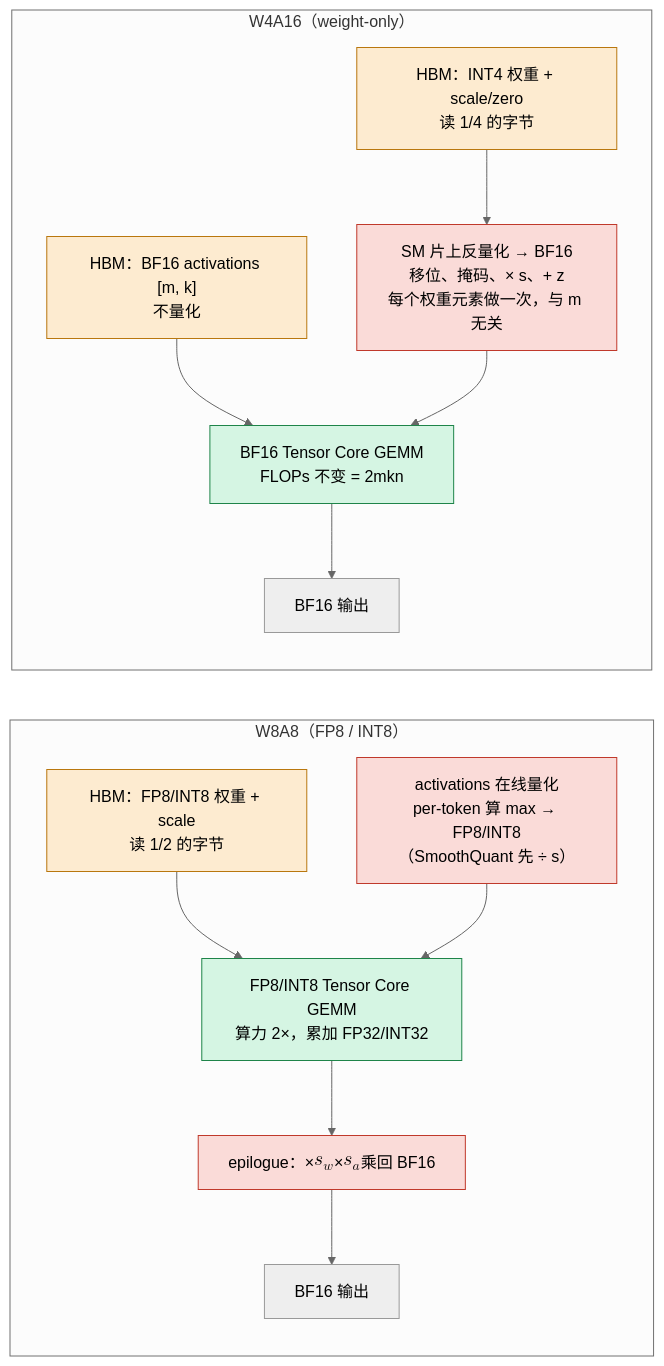
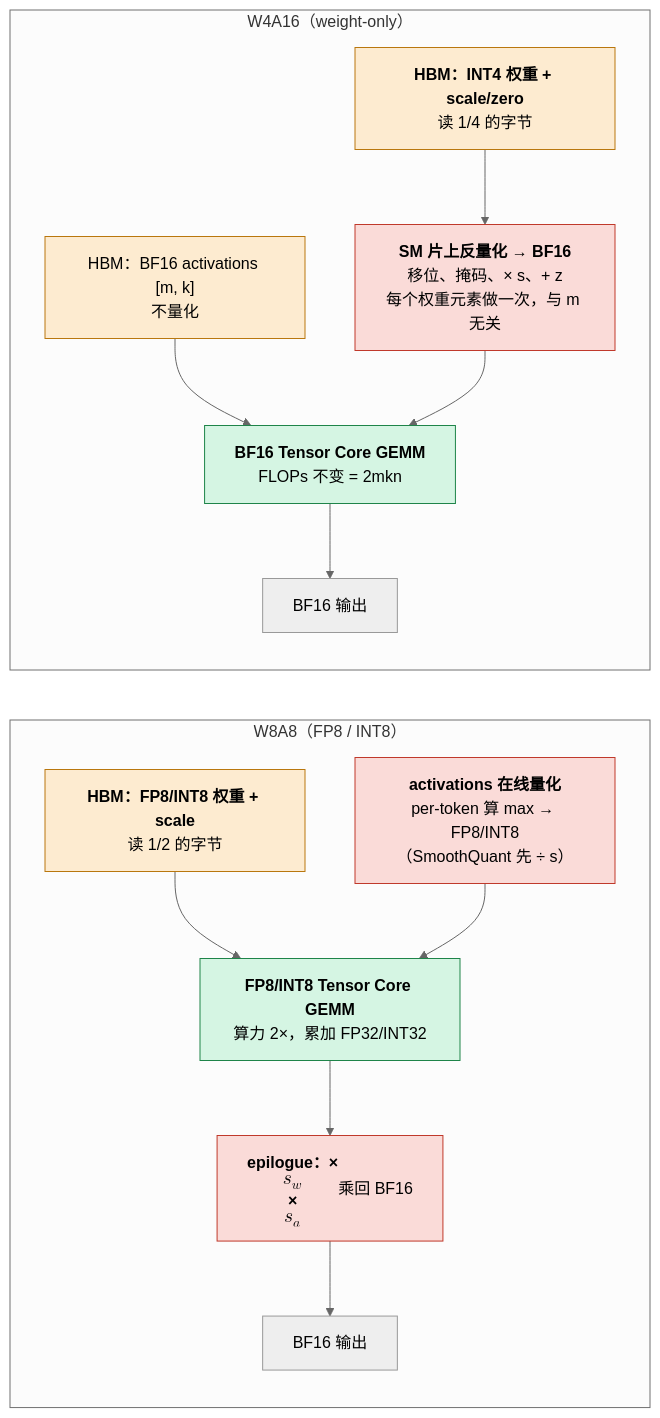
One commit to arganzheng/arganzheng.github.com changed the diagram in _posts/2026-04-28-post-training-quantization-gptq-awq-and-rotation.md. Above: the diagram before and after it, drawn with Mermaid (neutral theme). The commit also changed 1 other file, not shown here.

Commit message:
高效推理与压缩（算法侧）：解码、投机、量化与 KV：Mermaid 多行方框的首行标为标题（2 篇）
只在标签开头加 <b>…</b>，文字不变；长句、断句续行、代码 / 推演步骤、
并列行和判断菱形保持原样。

````diff
--- a/_posts/2026-04-28-post-training-quantization-gptq-awq-and-rotation.md
+++ b/_posts/2026-04-28-post-training-quantization-gptq-awq-and-rotation.md
@@ -151,25 +151,25 @@
 ```mermaid
 %% 图：W4A16 与 W8A8 在 kernel 里的数据流：反量化发生在哪一步、乘加用哪种 Tensor Core
 flowchart TB
     subgraph w4["W4A16（weight-only）"]
         direction TB
-        h4["HBM：INT4 权重 + scale/zero<br/>读 1/4 的字节"] --> dq["SM 片上反量化 → BF16<br/>移位、掩码、× s、+ z<br/>每个权重元素做一次，与 m 无关"]
-        a4["HBM：BF16 activations #91;m, k#93;<br/>不量化"] --> tc4["BF16 Tensor Core GEMM<br/>FLOPs 不变 = 2mkn"]
+        h4["<b>HBM：INT4 权重 + scale/zero</b><br/>读 1/4 的字节"] --> dq["<b>SM 片上反量化 → BF16</b><br/>移位、掩码、× s、+ z<br/>每个权重元素做一次，与 m 无关"]
+        a4["HBM：BF16 activations #91;m, k#93;<br/>不量化"] --> tc4["<b>BF16 Tensor Core GEMM</b><br/>FLOPs 不变 = 2mkn"]
         dq --> tc4
         tc4 --> o4["BF16 输出"]
     end
     subgraph w8["W8A8（FP8 / INT8）"]
         direction TB
-        h8["HBM：FP8/INT8 权重 + scale<br/>读 1/2 的字节"] --> tc8["FP8/INT8 Tensor Core GEMM<br/>算力 2×，累加 FP32/INT32"]
-        a8["activations 在线量化<br/>per-token 算 max → FP8/INT8<br/>（SmoothQuant 先 ÷ s）"] --> tc8
-        tc8 --> ep["epilogue：× $$s_w$$ × $$s_a$$<br/>乘回 BF16"]
+        h8["<b>HBM：FP8/INT8 权重 + scale</b><br/>读 1/2 的字节"] --> tc8["<b>FP8/INT8 Tensor Core GEMM</b><br/>算力 2×，累加 FP32/INT32"]
+        a8["<b>activations 在线量化</b><br/>per-token 算 max → FP8/INT8<br/>（SmoothQuant 先 ÷ s）"] --> tc8
+        tc8 --> ep["<b>epilogue：× $$s_w$$ × $$s_a$$</b><br/>乘回 BF16"]
         ep --> o8["BF16 输出"]
     end
     w4 ~~~ w8
     classDef mem fill:#fdebd0,stroke:#b9770e;
     classDef cvt fill:#fadbd8,stroke:#c0392b;
     classDef tc fill:#d5f5e3,stroke:#1e8449;
     class h4,a4,h8 mem;
     class dq,a8,ep cvt;
     class tc4,tc8 tc;
 ```
````
